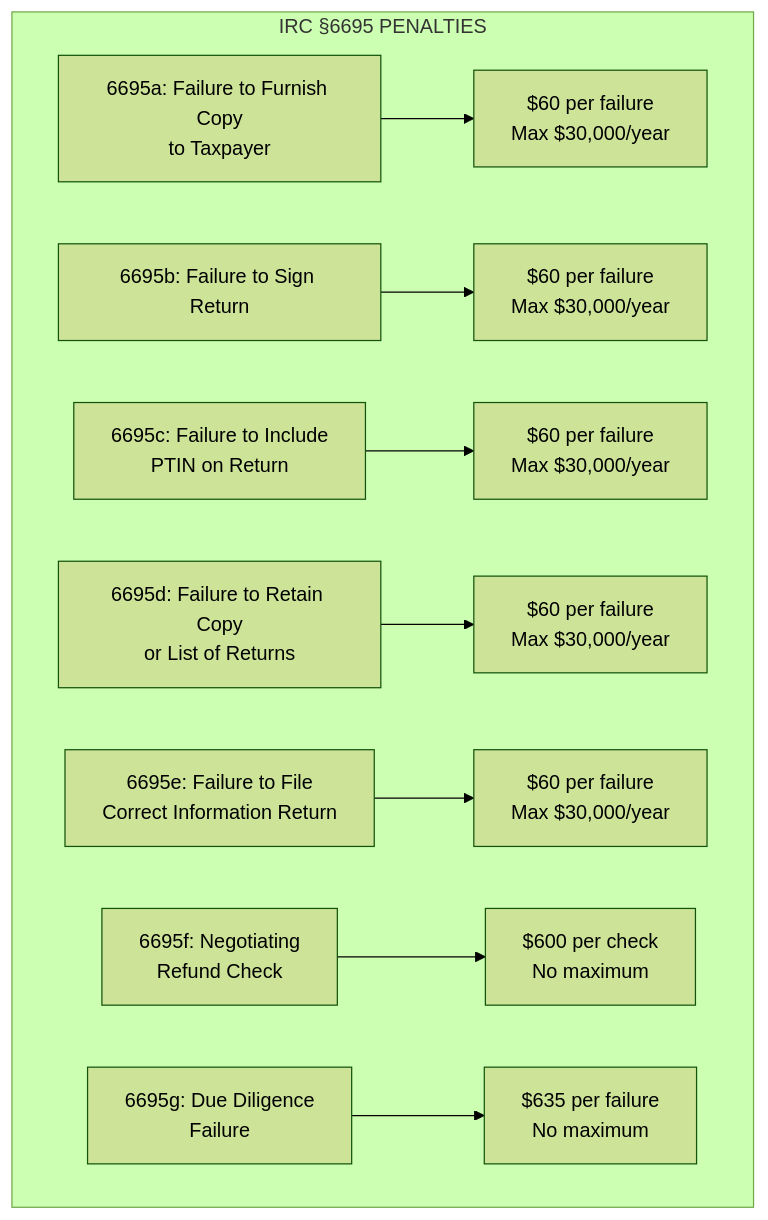
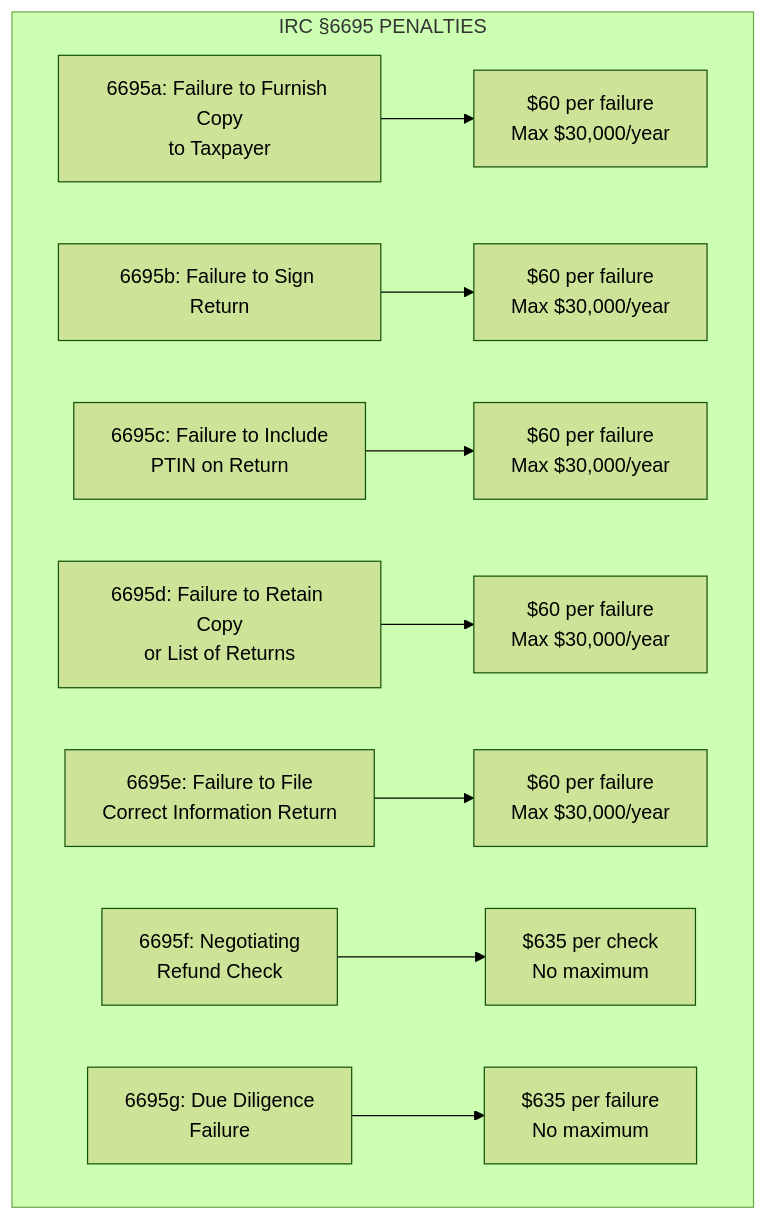
The tenth of 17 diagrams in representation-flowchart.md (vipul79321/EA3), drawn with Mermaid (forest theme) before and after one commit. The commit also changed other lines of this file, not shown here.

````diff
--- a/representation-flowchart.md
+++ b/representation-flowchart.md
@@ -431,18 +431,18 @@
 ```mermaid
 flowchart TD
     subgraph Penalties6695["IRC §6695 PENALTIES"]
         P1[6695a: Failure to Furnish Copy<br/>to Taxpayer] --> Amt1[$60 per failure<br/>Max $30,000/year]
         
         P2[6695b: Failure to Sign Return] --> Amt2[$60 per failure<br/>Max $30,000/year]
         
         P3[6695c: Failure to Include<br/>PTIN on Return] --> Amt3[$60 per failure<br/>Max $30,000/year]
         
         P4[6695d: Failure to Retain Copy<br/>or List of Returns] --> Amt4[$60 per failure<br/>Max $30,000/year]
         
         P5[6695e: Failure to File<br/>Correct Information Return] --> Amt5[$60 per failure<br/>Max $30,000/year]
         
-        P6[6695f: Negotiating<br/>Refund Check] --> Amt6[$600 per check<br/>No maximum]
+        P6[6695f: Negotiating<br/>Refund Check] --> Amt6[$635 per check<br/>No maximum]
         
         P7[6695g: Due Diligence<br/>Failure] --> Amt7[$635 per failure<br/>No maximum]
     end
 ```
````
